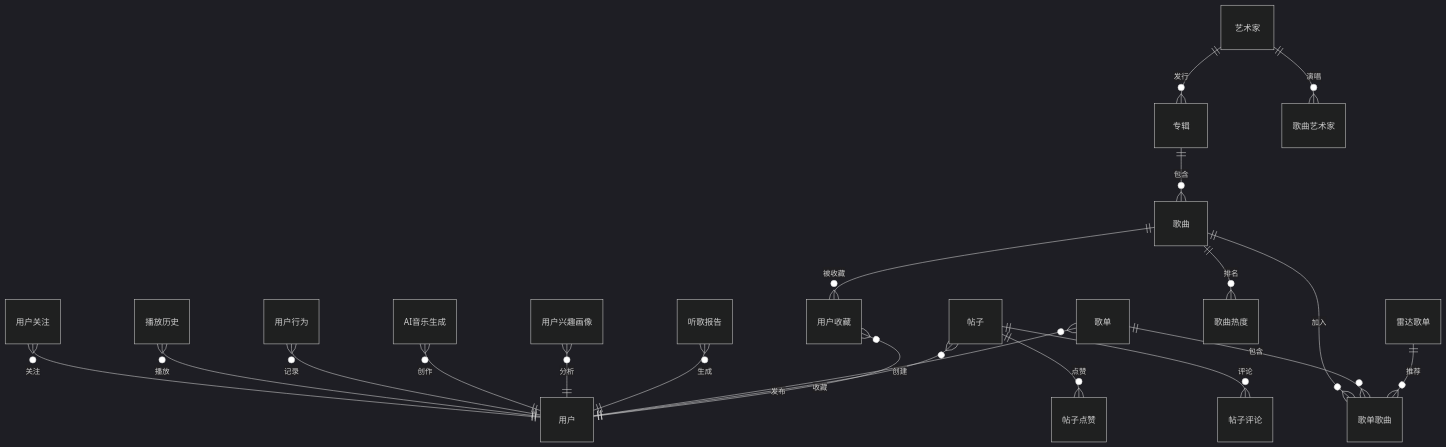
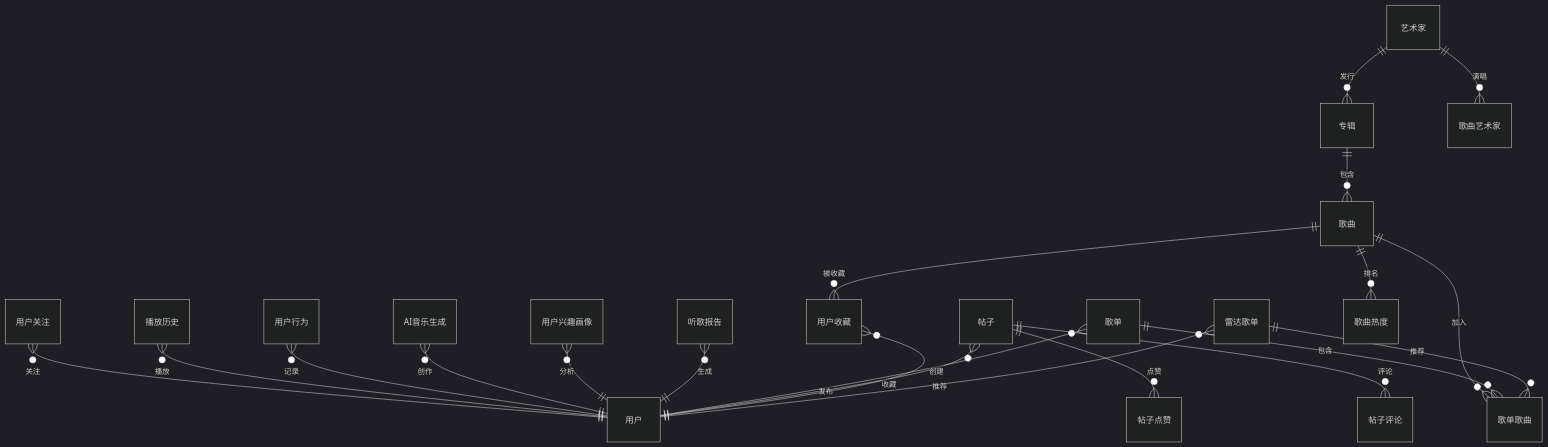
Before and after one commit to kewangzhen/fly-music: the diagram in doc/ER图-中文版.md, drawn with Mermaid (dark theme).

Commit message:
docs: 调整ER图布局，关键表在用户上方

````diff
--- a/doc/ER图-中文版.md
+++ b/doc/ER图-中文版.md
@@ -7,58 +7,64 @@
 ```mermaid
 erDiagram
-    %% 用户相关（用户在下，关系在上）
+    %% 用户相关 - 在用户上方
     用户关注 }o--|| 用户 : 关注
     播放历史 }o--|| 用户 : 播放
     用户行为 }o--|| 用户 : 记录
     AI音乐生成 }o--|| 用户 : 创作
     用户兴趣画像 }o--|| 用户 : 分析
     听歌报告 }o--|| 用户 : 生成
 
-    %% 用户核心关系
+    %% 用户 - 核心实体
+    用户 { }
+
+    %% 用户相关 - 在用户下方
     歌单 }o--|| 用户 : 创建
     帖子 }o--|| 用户 : 发布
     用户收藏 }o--|| 用户 : 收藏
+    雷达歌单 }o--|| 用户 : 推荐
 
     %% 艺术家关系
     艺术家 ||--o{ 专辑 : 发行
     艺术家 ||--o{ 歌曲艺术家 : 演唱
 
     %% 专辑歌曲关系
     专辑 ||--o{ 歌曲 : 包含
 
     %% 歌曲关系
     歌曲 ||--o{ 歌单歌曲 : 加入
     歌曲 ||--o{ 用户收藏 : 被收藏
     歌曲 ||--o{ 歌曲热度 : 排名
 
     %% 歌单关系
     歌单 ||--o{ 歌单歌曲 : 包含
 
     %% 社交关系
     帖子 ||--o{ 帖子评论 : 评论
     帖子 ||--o{ 帖子点赞 : 点赞
 
     %% 雷达关系
     雷达歌单 ||--o{ 歌单歌曲 : 推荐
 
     %% 表定义
-    用户 { }
     用户关注 { }
     播放历史 { }
     用户行为 { }
     AI音乐生成 { }
     用户兴趣画像 { }
     听歌报告 { }
+    
+    用户 { }
+    
     歌单 { }
     帖子 { }
     用户收藏 { }
+    雷达歌单 { }
     艺术家 { }
     专辑 { }
     歌曲 { }
     歌曲艺术家 { }
     歌单歌曲 { }
     歌曲热度 { }
     帖子评论 { }
     帖子点赞 { }
-    雷达歌单 { }
 ```
````
